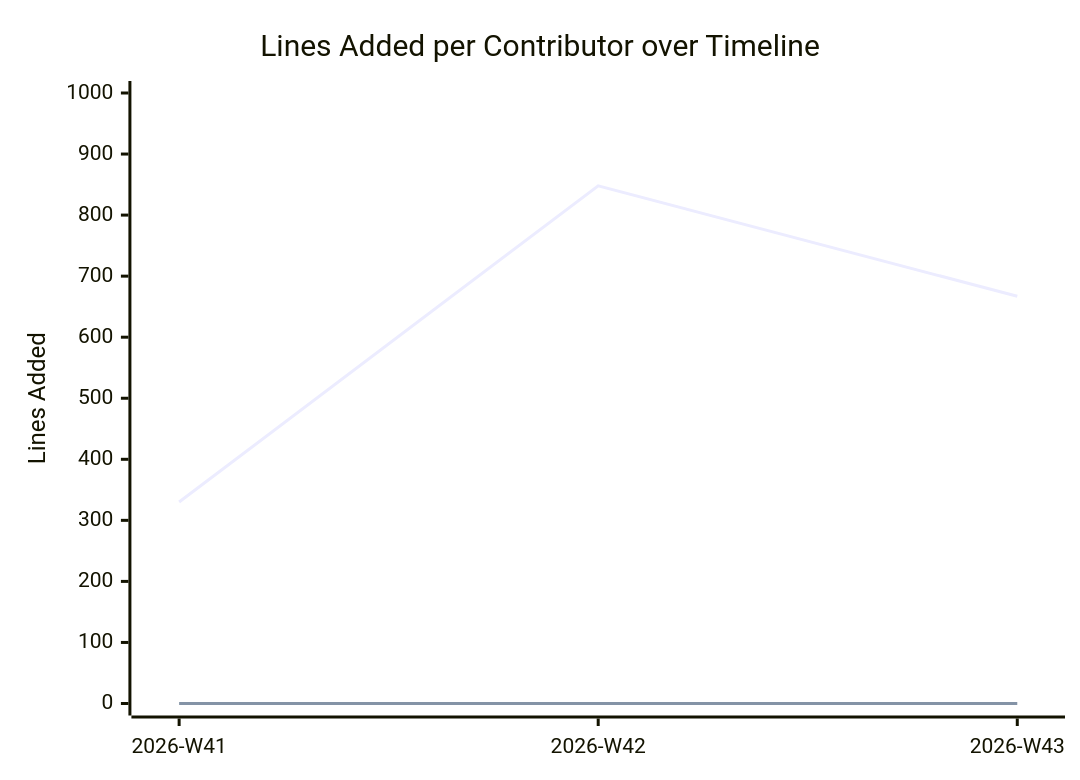
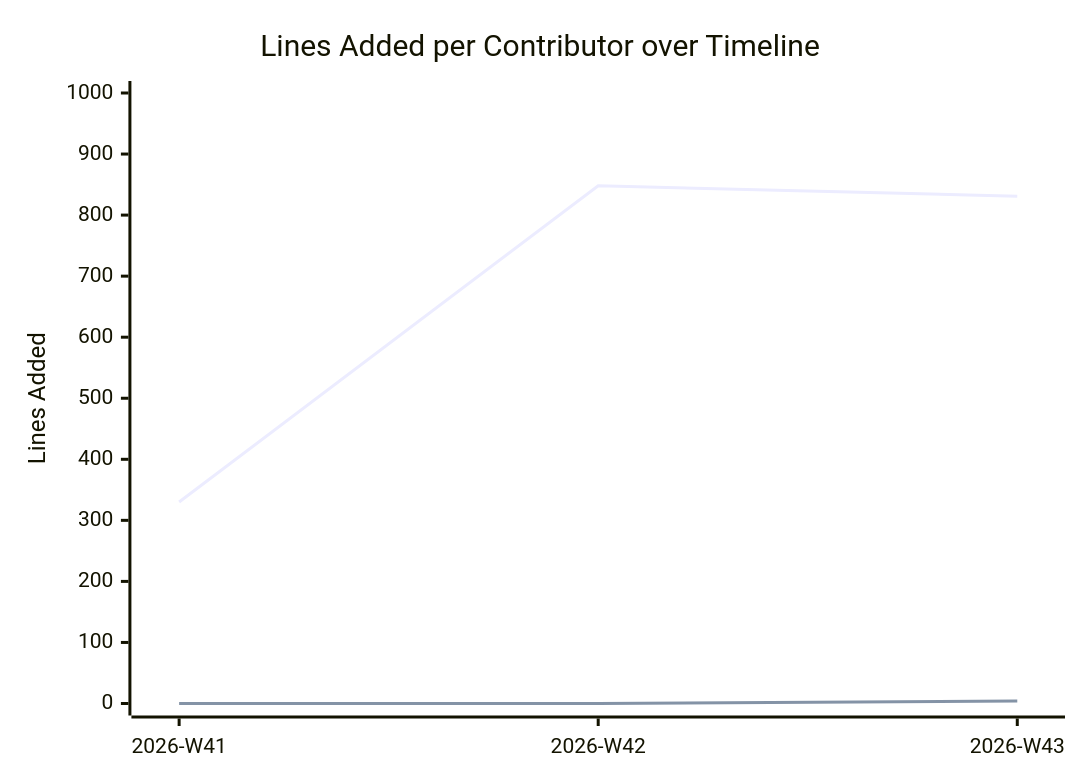
Before and after one commit to BeyondMagic/swe-template: the diagram in documentation/snippets/management/code-additions.mmd, drawn with Mermaid. The commit also changed 2 other files, not shown here.

```diff
--- a/documentation/snippets/management/code-additions.mmd
+++ b/documentation/snippets/management/code-additions.mmd
@@ -1,6 +1,6 @@
 xychart-beta
     title "Lines Added per Contributor over Timeline"
     x-axis ["2026-W41", "2026-W42", "2026-W43"]
     y-axis "Lines Added" 0 --> 1000
-    line [330, 848, 667]
-    line [0, 0, 0]
+    line [330, 848, 831]
+    line [0, 0, 4]
```
